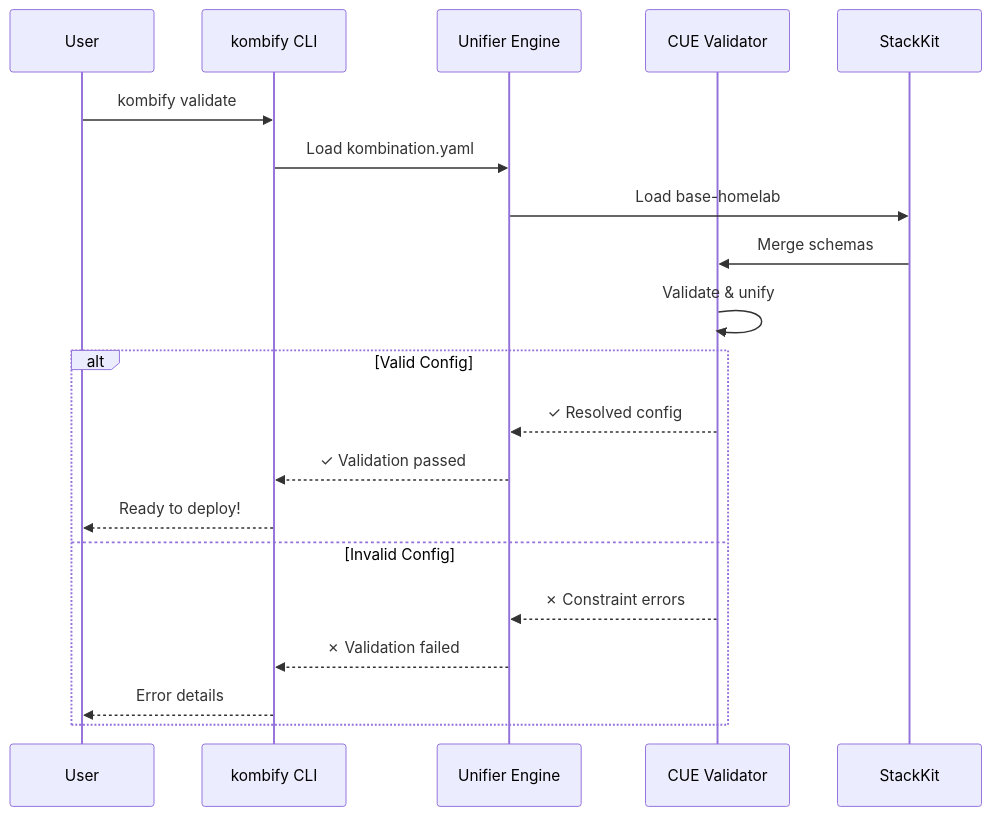
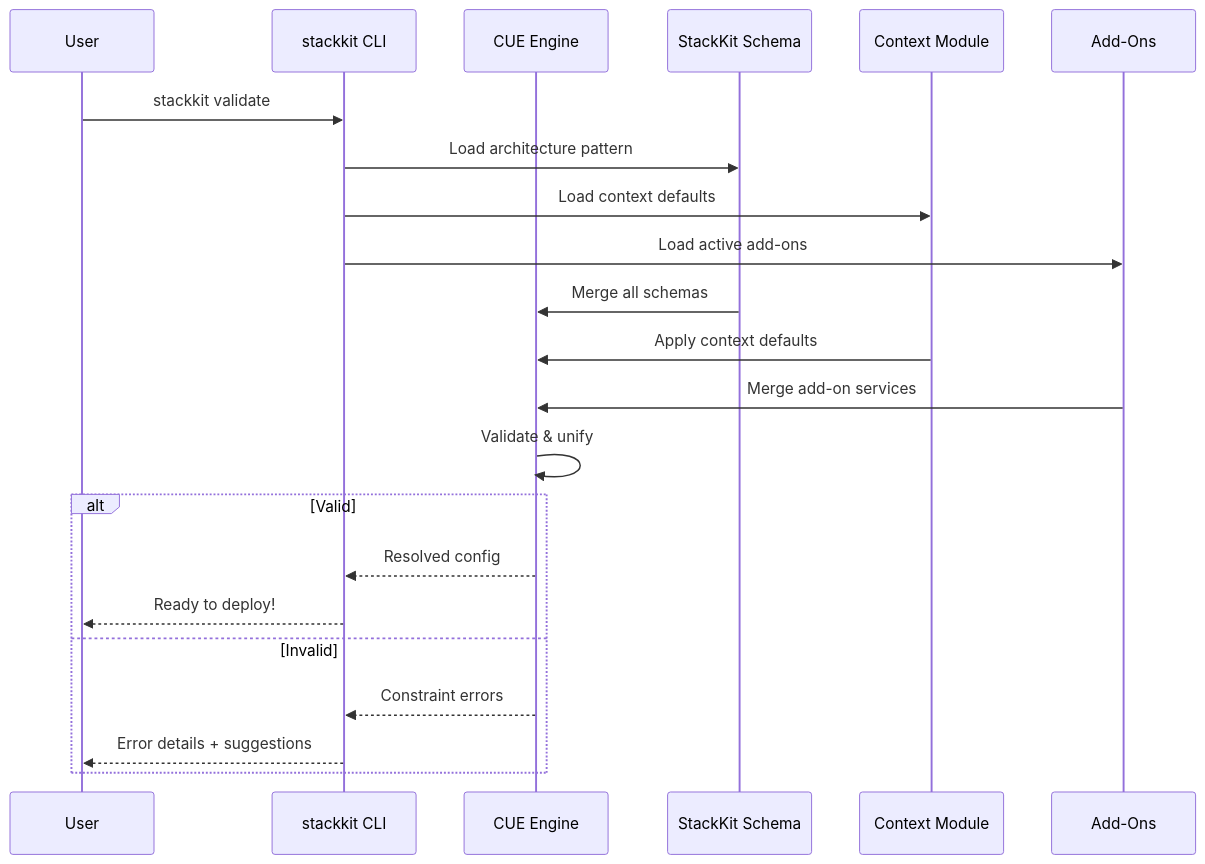
Before and after one commit to KombiverseLabs/docs: the second of 2 diagrams in stackkits/overview.mdx, drawn with Mermaid. The commit also changed other lines of this file and 1 other file, not shown here.

First line of the commit message:
docs: rewrite StackKits pages for v4 architecture

````diff
--- a/stackkits/overview.mdx
+++ b/stackkits/overview.mdx
@@ -193,24 +202,26 @@
 ```mermaid
 sequenceDiagram
     participant User
-    participant CLI as kombify CLI
-    participant Unifier as Unifier Engine
-    participant CUE as CUE Validator
-    participant StackKit
+    participant CLI as stackkit CLI
+    participant CUE as CUE Engine
+    participant Kit as StackKit Schema
+    participant Ctx as Context Module
+    participant AO as Add-Ons
     
-    User->>CLI: kombify validate
-    CLI->>Unifier: Load kombination.yaml
-    Unifier->>StackKit: Load base-homelab
-    StackKit->>CUE: Merge schemas
+    User->>CLI: stackkit validate
+    CLI->>Kit: Load architecture pattern
+    CLI->>Ctx: Load context defaults
+    CLI->>AO: Load active add-ons
+    Kit->>CUE: Merge all schemas
+    Ctx->>CUE: Apply context defaults
+    AO->>CUE: Merge add-on services
     CUE->>CUE: Validate & unify
     
-    alt Valid Config
-        CUE-->>Unifier: ✓ Resolved config
-        Unifier-->>CLI: ✓ Validation passed
+    alt Valid
+        CUE-->>CLI: Resolved config
         CLI-->>User: Ready to deploy!
-    else Invalid Config
-        CUE-->>Unifier: ✗ Constraint errors
-        Unifier-->>CLI: ✗ Validation failed
-        CLI-->>User: Error details
+    else Invalid
+        CUE-->>CLI: Constraint errors
+        CLI-->>User: Error details + suggestions
     end
 ```
````
